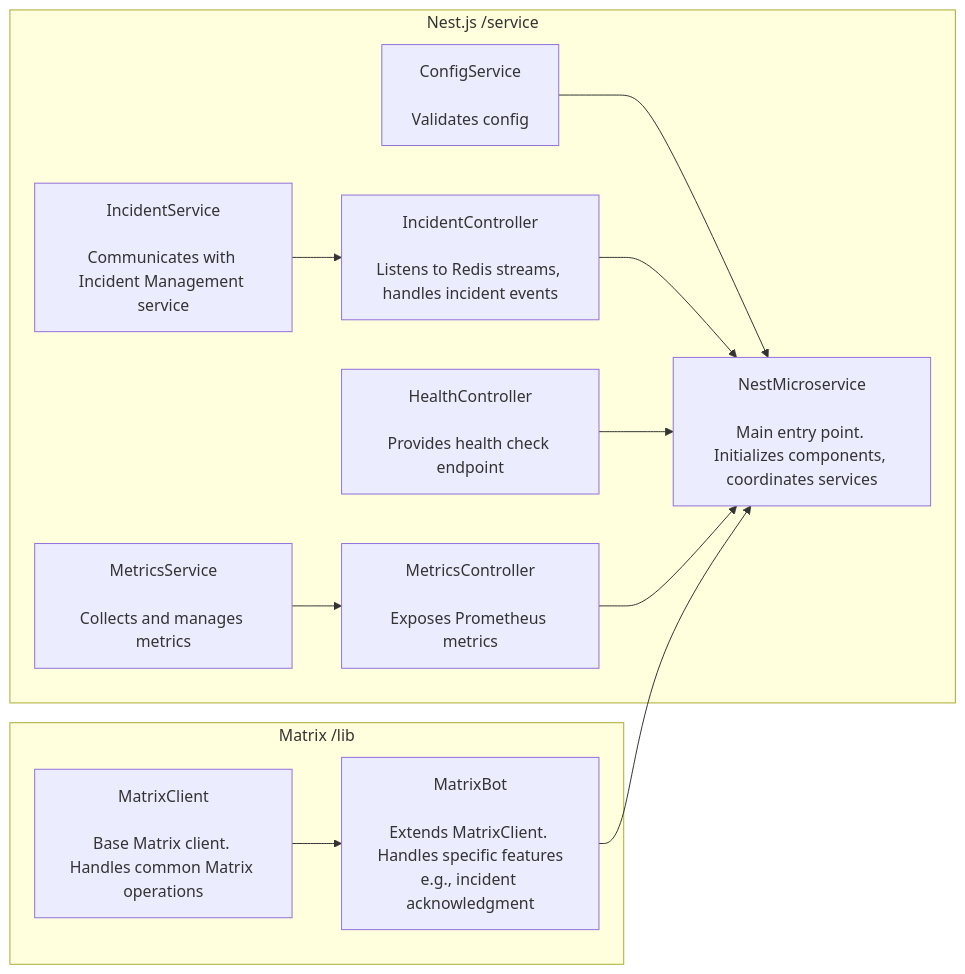
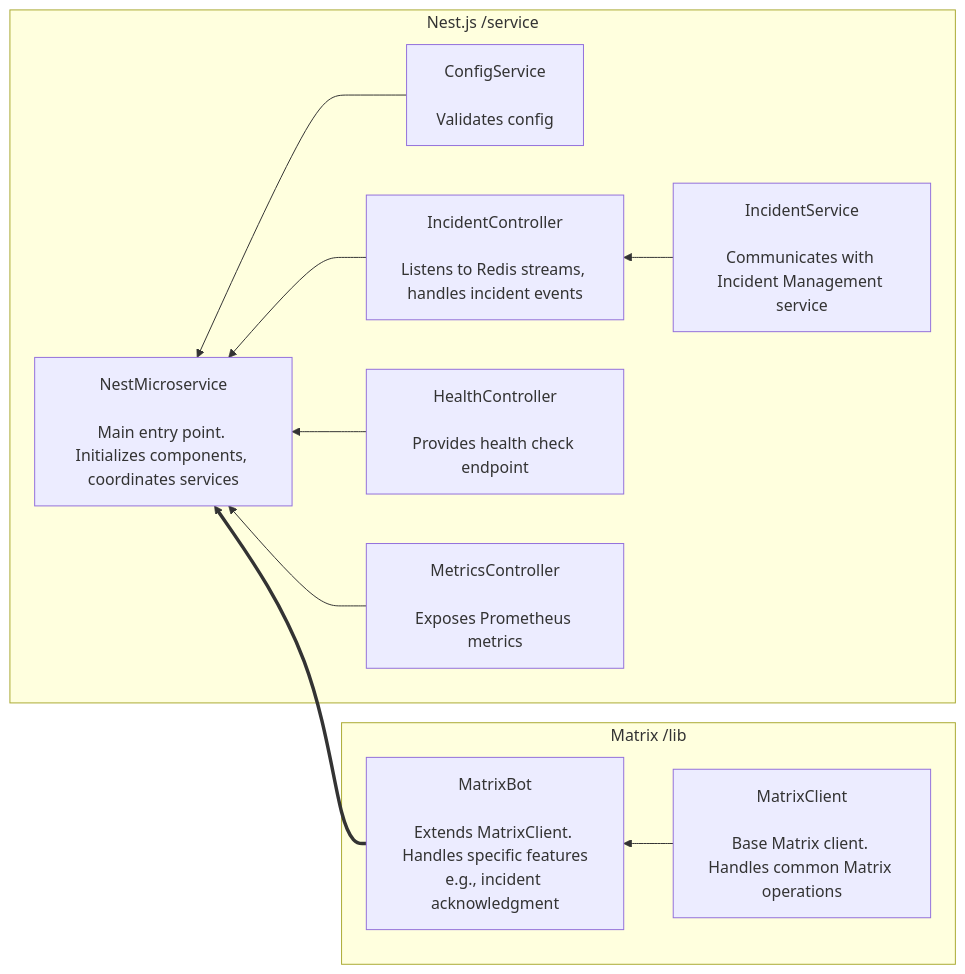
The diagram in matrix/README.md (w3f/polguard), drawn with Mermaid before and after one commit.

````diff
--- a/matrix/README.md
+++ b/matrix/README.md
@@ -7,26 +7,24 @@
 ```mermaid
-flowchart LR
+flowchart RL
     subgraph NestClasses["Nest.js /service"]
         A[NestMicroservice<br><br>Main entry point. Initializes components, coordinates services]
         B[ConfigService<br><br>Validates config]
         C[IncidentController<br><br>Listens to Redis streams, handles incident events]
         D[IncidentService<br><br>Communicates with Incident Management service]
         E[HealthController<br><br>Provides health check endpoint]
         F[MetricsController<br><br>Exposes Prometheus metrics]
-        G[MetricsService<br><br>Collects and manages metrics]
     end
 
     subgraph MatrixClasses["Matrix /lib"]
         H[MatrixClient<br><br>Base Matrix client. Handles common Matrix operations]
         I[MatrixBot<br><br>Extends MatrixClient. Handles specific features<br>e.g., incident acknowledgment]
     end
 
     B --> A
     C --> A
     D --> C
     E --> A
     F --> A
-    G --> F
     H --> I
-    I --> A
+    I ==> A
 ```
````
